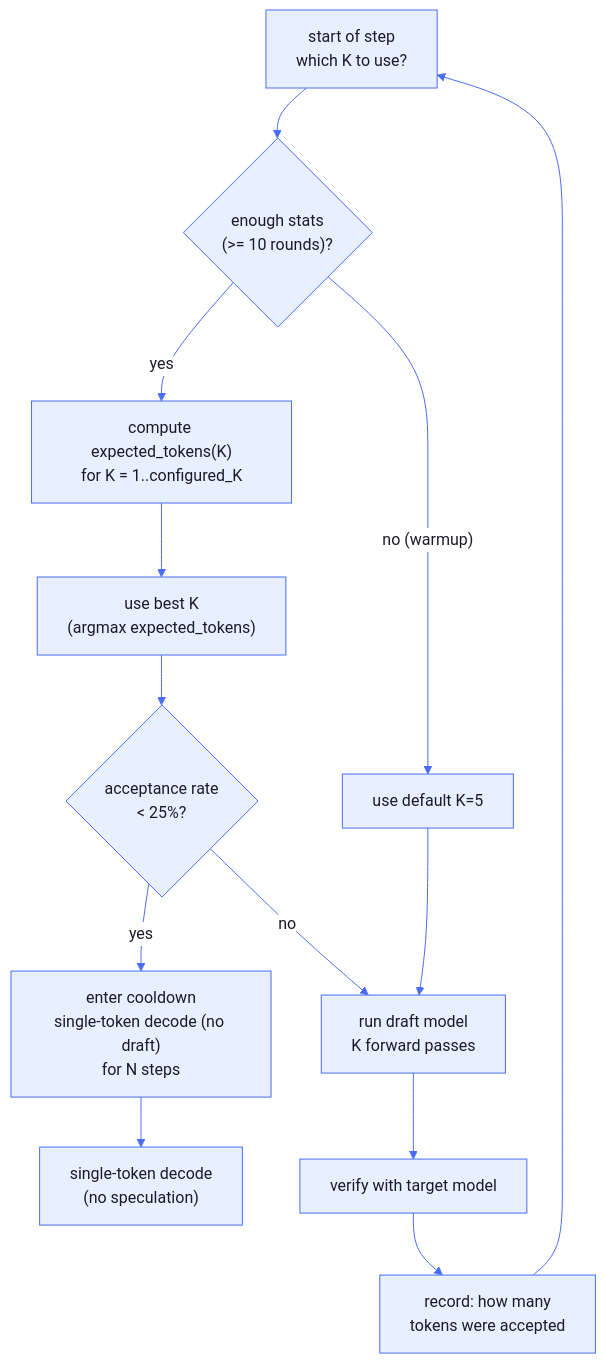
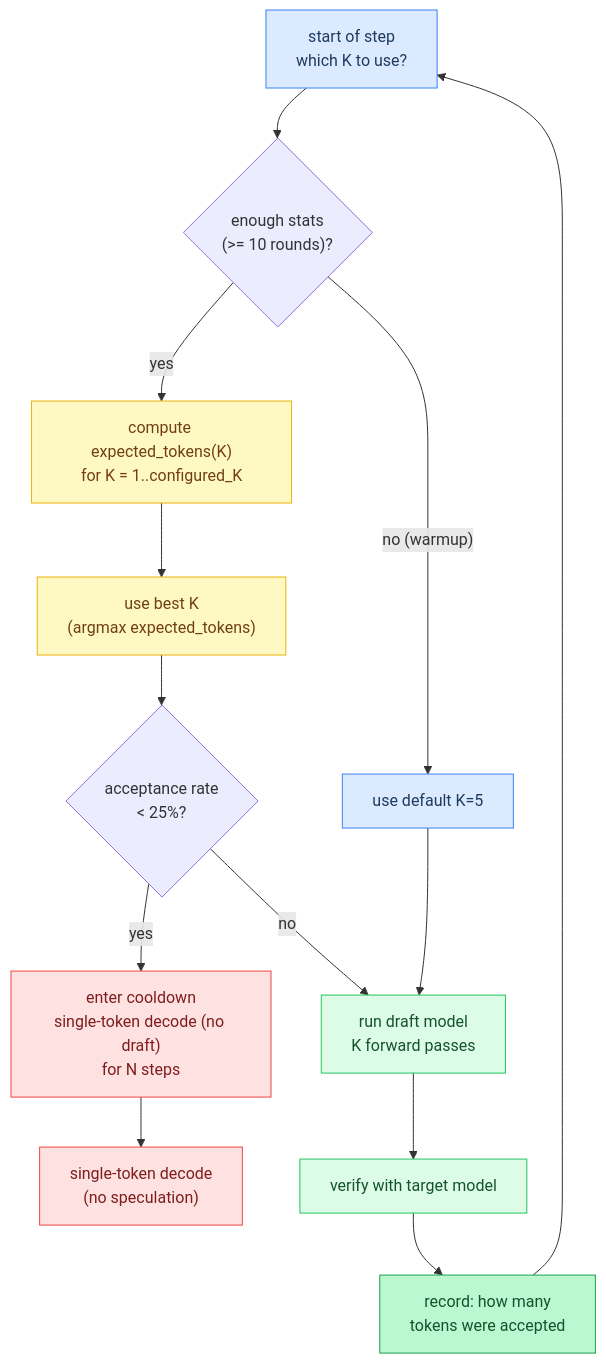
One commit to maci0/agave changed the seventh of 10 diagrams in docs/tutorial/17-speculative-decoding.md. Above: the diagram before and after it, drawn with Mermaid. The commit also changed other lines of this file and 24 other files, not shown here.

First line of the commit message:
docs: convert all mermaid diagrams to classDef semantic colors

````diff
--- a/docs/tutorial/17-speculative-decoding.md
+++ b/docs/tutorial/17-speculative-decoding.md
@@ -406,35 +396,32 @@
 ```mermaid
-%%{init: {'theme': 'base', 'themeVariables': {
-  'primaryColor': '#e8f0fe',
-  'primaryTextColor': '#1a1a2e',
-  'primaryBorderColor': '#4a6cf7',
-  'lineColor': '#4a6cf7',
-  'secondaryColor': '#f0f4ff',
-  'tertiaryColor': '#f8f9ff',
-  'edgeLabelBackground': '#ffffff',
-  'clusterBkg': '#f0f4ff',
-  'clusterBorder': '#4a6cf7',
-  'titleColor': '#1a1a2e',
-  'nodeTextColor': '#1a1a2e',
-  'fontFamily': 'ui-monospace, SFMono-Regular, monospace'
-}}}%%
 flowchart TD
-    Start["start of step\nwhich K to use?"]
+    classDef setup     fill:#dbeafe,stroke:#3b82f6,color:#1e3a5f
+    classDef sync      fill:#dcfce7,stroke:#22c55e,color:#14532d
+    classDef migration fill:#fef9c3,stroke:#eab308,color:#713f12
+    classDef success   fill:#bbf7d0,stroke:#16a34a,color:#14532d
+    classDef danger    fill:#fee2e2,stroke:#ef4444,color:#7f1d1d
+    classDef optional  fill:#f3e8ff,stroke:#9333ea,color:#581c87
+
+    Start["start of step\nwhich K to use?"]:::setup
+    DefaultK["use default K=5"]:::setup
+    Compute["compute expected_tokens(K)\nfor K = 1..configured_K"]:::migration
+    BestK["use best K\n(argmax expected_tokens)"]:::migration
+    Cooldown["enter cooldown\nsingle-token decode (no draft)\nfor N steps"]:::danger
+    Draft["run draft model\nK forward passes"]:::sync
+    SingleDecode["single-token decode\n(no speculation)"]:::danger
+    Verify["verify with target model"]:::sync
+    RecordStats["record: how many\ntokens were accepted"]:::success
 
     Start --> Check{"enough stats\n(>= 10 rounds)?"}
-    Check -- "no (warmup)" --> DefaultK["use default K=5"]
-    Check -- "yes" --> Compute["compute expected_tokens(K)\nfor K = 1..configured_K"]
-
-    Compute --> BestK["use best K\n(argmax expected_tokens)"]
-
+    Check -- "no (warmup)" --> DefaultK
+    Check -- "yes" --> Compute
+    Compute --> BestK
     BestK --> LowAccept{"acceptance rate\n< 25%?"}
-    LowAccept -- "yes" --> Cooldown["enter cooldown\nsingle-token decode (no draft)\nfor N steps"]
-    LowAccept -- "no" --> Draft["run draft model\nK forward passes"]
-
+    LowAccept -- "yes" --> Cooldown
+    LowAccept -- "no" --> Draft
     DefaultK --> Draft
-    Cooldown --> SingleDecode["single-token decode\n(no speculation)"]
-
-    Draft --> Verify["verify with target model"]
-    Verify --> RecordStats["record: how many\ntokens were accepted"]
+    Cooldown --> SingleDecode
+    Draft --> Verify
+    Verify --> RecordStats
     RecordStats --> Start
 ```
````
